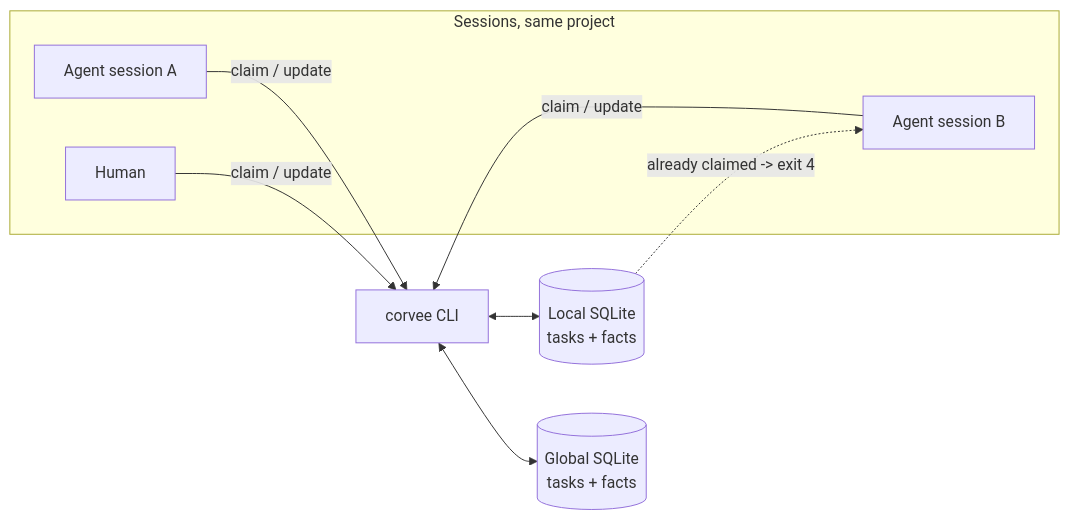
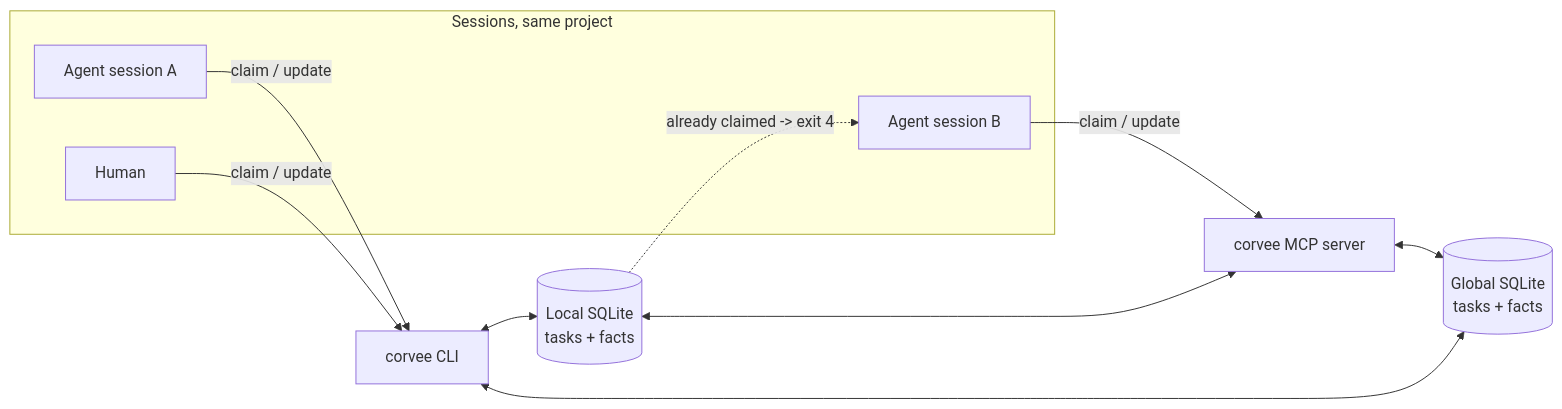
Before and after one commit to btschwertfeger/Corvee: the diagram in README.md, drawn with Mermaid. The commit also changed other lines of this file, not shown here.

Commit message:
Document MCP install and spec-driven development in README (#2)

````diff
--- a/README.md
+++ b/README.md
@@ -24,17 +25,19 @@
 ```mermaid
 flowchart LR
     subgraph sessions["Sessions, same project"]
         A1["Agent session A"]
         A2["Agent session B"]
         H["Human"]
     end
 
     A1 -->|claim / update| CLI["corvee CLI"]
-    A2 -->|claim / update| CLI
+    A2 -->|claim / update| MCP["corvee MCP server"]
     H -->|claim / update| CLI
 
     CLI <--> LDB[("Local SQLite\ntasks + facts")]
     CLI <--> GDB[("Global SQLite\ntasks + facts")]
+    MCP <--> LDB
+    MCP <--> GDB
 
     LDB -.->|"already claimed -> exit 4"| A2
 ```
````
